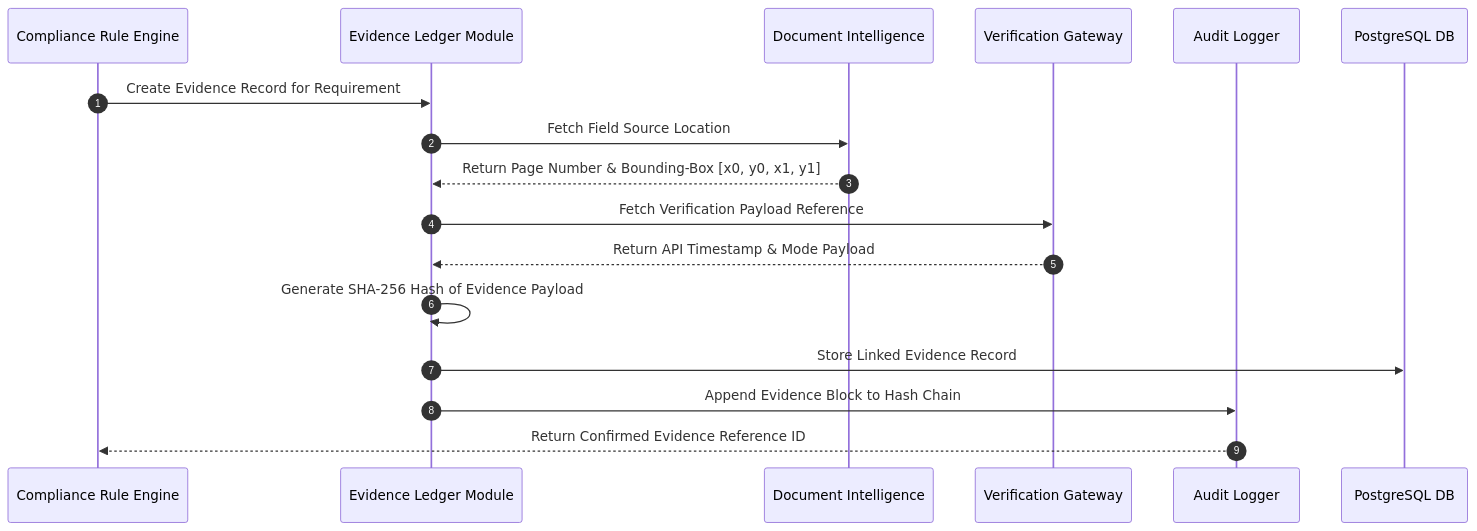
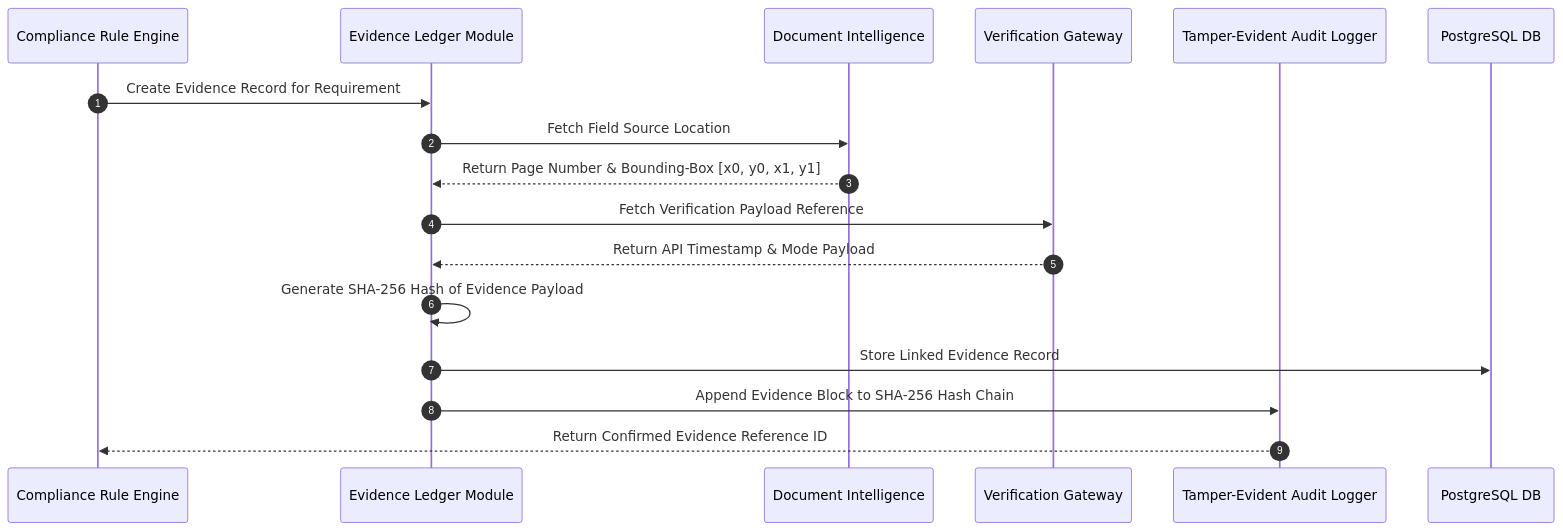
Before and after one commit to adityapaithankar25uml-debug/sih26100-bid-compliance: the sixth of 8 diagrams in docs/PHASE_1_DATA_FLOW.md, drawn with Mermaid. The commit also changed other lines of this file and 4 other files, not shown here.

Commit message:
docs(phase-1): apply targeted architectural corrections to ADR-004, ADR-009, ADR-010, ADR-012

````diff
--- a/docs/PHASE_1_DATA_FLOW.md
+++ b/docs/PHASE_1_DATA_FLOW.md
@@ -211,20 +218,20 @@
 ```mermaid
 sequenceDiagram
     autonumber
     participant RuleEng as Compliance Rule Engine
     participant EvLedger as Evidence Ledger Module
     participant DocIntel as Document Intelligence
     participant GW as Verification Gateway
-    participant Audit as Audit Logger
+    participant Audit as Tamper-Evident Audit Logger
     participant DB as PostgreSQL DB
 
     RuleEng->>EvLedger: Create Evidence Record for Requirement
     EvLedger->>DocIntel: Fetch Field Source Location
     DocIntel-->>EvLedger: Return Page Number & Bounding-Box [x0, y0, x1, y1]
     EvLedger->>GW: Fetch Verification Payload Reference
     GW-->>EvLedger: Return API Timestamp & Mode Payload
     EvLedger->>EvLedger: Generate SHA-256 Hash of Evidence Payload
     EvLedger->>DB: Store Linked Evidence Record
-    EvLedger->>Audit: Append Evidence Block to Hash Chain
+    EvLedger->>Audit: Append Evidence Block to SHA-256 Hash Chain
     Audit-->>RuleEng: Return Confirmed Evidence Reference ID
 ```
````
